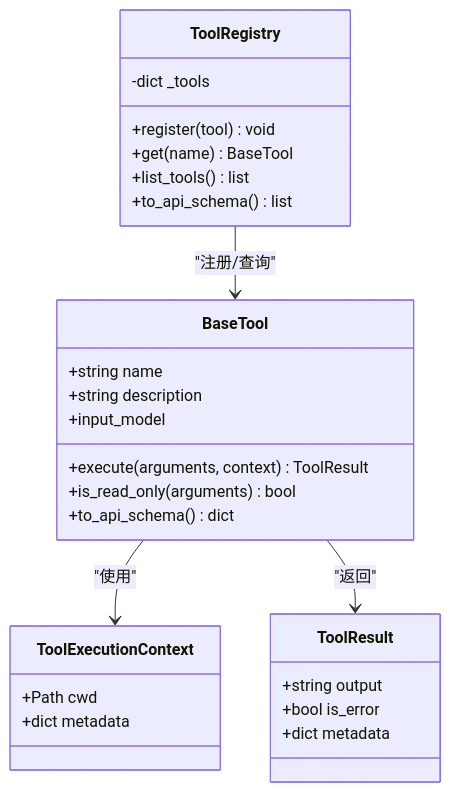
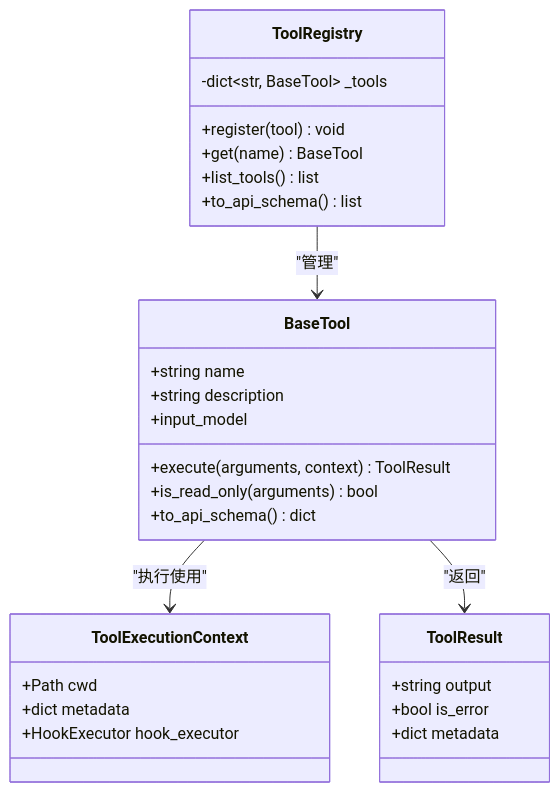
Before and after one commit to haolange/OpenHarness: the third of 8 diagrams in .qoder/repowiki/zh/content/核心概念/工具系统架构.md, drawn with Mermaid. The commit also changed other lines of this file and 222 other files, not shown here.

````diff
--- a/.qoder/repowiki/zh/content/核心概念/工具系统架构.md
+++ b/.qoder/repowiki/zh/content/核心概念/工具系统架构.md
@@ -141,30 +160,31 @@
 ```mermaid
 classDiagram
 class BaseTool {
 +string name
 +string description
 +input_model
 +execute(arguments, context) ToolResult
 +is_read_only(arguments) bool
 +to_api_schema() dict
 }
+class ToolRegistry {
+-dict~str, BaseTool~ _tools
++register(tool) void
++get(name) BaseTool
++list_tools() list
++to_api_schema() list
+}
 class ToolExecutionContext {
 +Path cwd
 +dict metadata
++HookExecutor hook_executor
 }
 class ToolResult {
 +string output
 +bool is_error
 +dict metadata
 }
-class ToolRegistry {
--dict _tools
-+register(tool) void
-+get(name) BaseTool
-+list_tools() list
-+to_api_schema() list
-}
-ToolRegistry --> BaseTool : "注册/查询"
-BaseTool --> ToolExecutionContext : "使用"
+ToolRegistry --> BaseTool : "管理"
+BaseTool --> ToolExecutionContext : "执行使用"
 BaseTool --> ToolResult : "返回"
 ```
````
